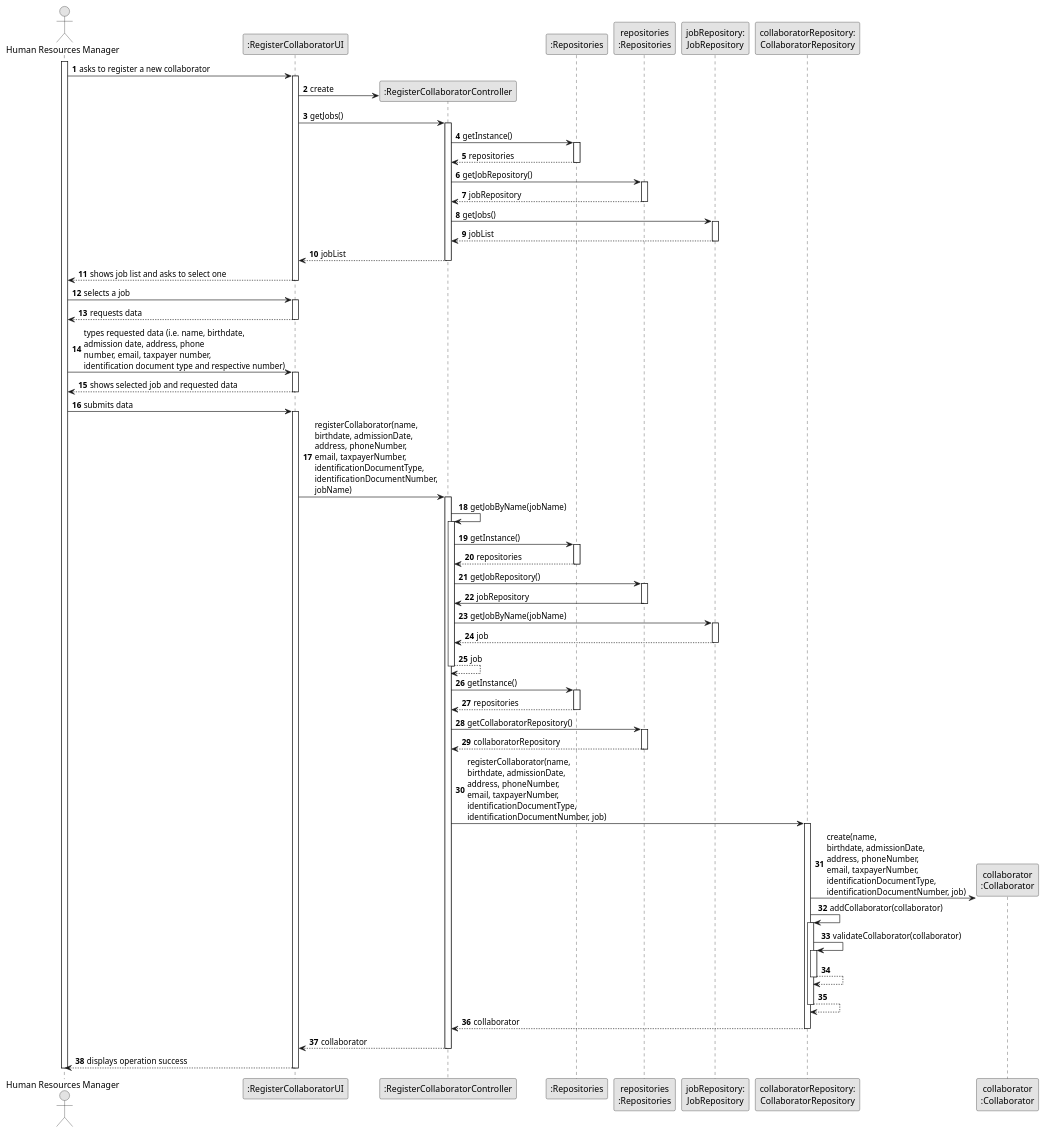
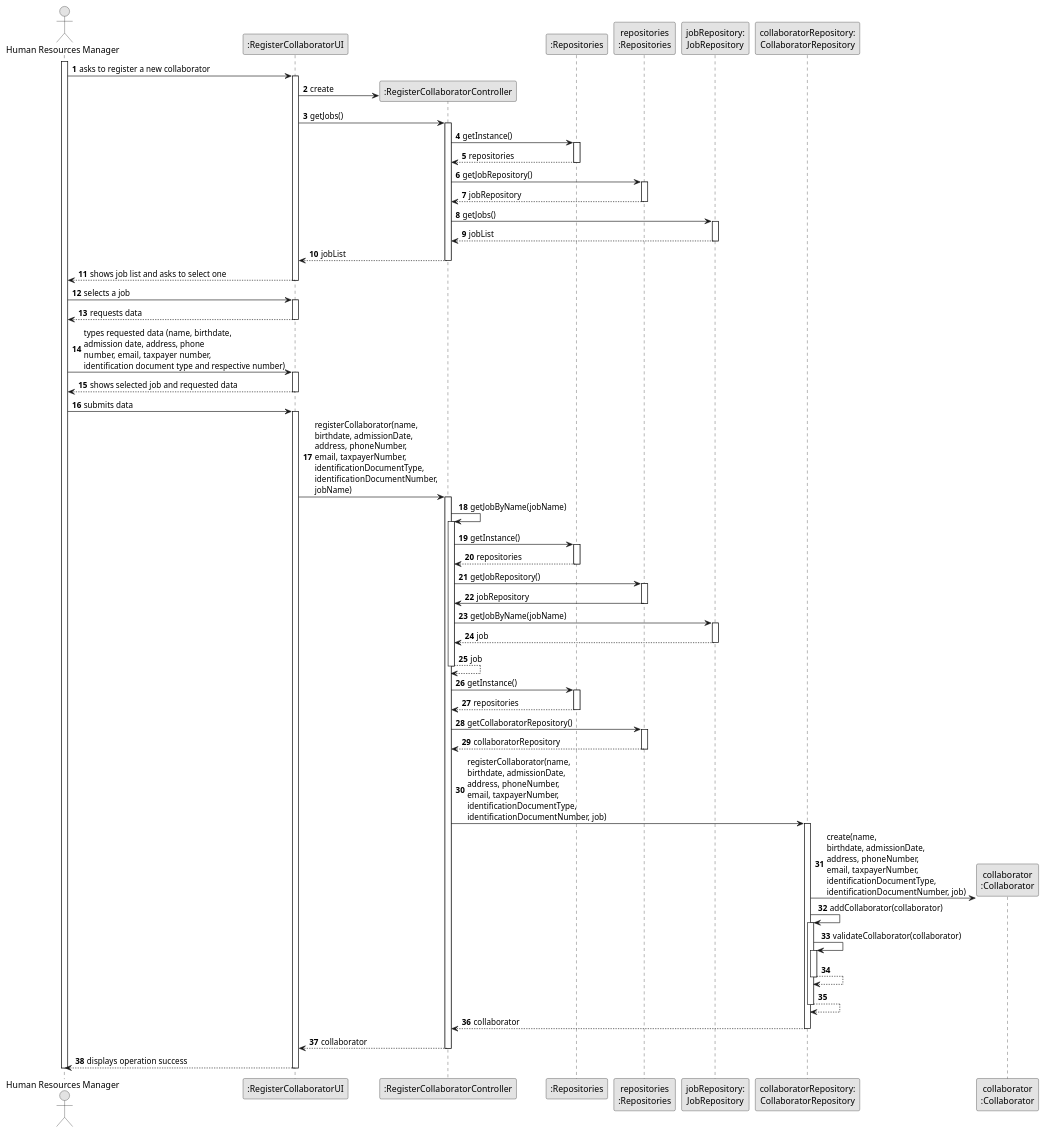
The diagram in docs/sprintB/us003/03.design/puml/us003-sequence-diagram-full.puml (Departamento-de-Engenharia-Informatica/lei-24-s2-1dm-g132), drawn with PlantUML before and after one commit. The commit also changed 3 other files, not shown here.

Commit message:
US003 sequence diagrams minor update

```diff
--- a/docs/sprintB/us003/03.design/puml/us003-sequence-diagram-full.puml
+++ b/docs/sprintB/us003/03.design/puml/us003-sequence-diagram-full.puml
@@ -1,134 +1,134 @@
 @startuml
 skinparam monochrome true
 skinparam packageStyle rectangle
 skinparam shadowing false
 
 autonumber
 
 'hide footbox
 actor "Human Resources Manager" as HRM
 participant ":RegisterCollaboratorUI" as UI
 participant ":RegisterCollaboratorController" as CTRL
 participant ":Repositories" as RepositorySingleton
 participant "repositories\n:Repositories" as PLAT
 participant "jobRepository:\nJobRepository" as JobRepository
 participant "collaboratorRepository:\nCollaboratorRepository" as CollaboratorRepository
 participant "collaborator\n:Collaborator" as COLLAB
 
 activate HRM
 
         HRM -> UI : asks to register a new collaborator
 
         activate UI
 
             UI -> CTRL** : create
 
             UI -> CTRL : getJobs()
             activate CTRL
 
                 CTRL -> RepositorySingleton : getInstance()
                 activate RepositorySingleton
 
                     RepositorySingleton --> CTRL: repositories
                 deactivate RepositorySingleton
 
                 CTRL -> PLAT : getJobRepository()
                 activate PLAT
 
                     PLAT --> CTRL: jobRepository
                 deactivate PLAT
 
                 CTRL -> JobRepository : getJobs()
                 activate JobRepository
 
                     JobRepository --> CTRL : jobList
                 deactivate JobRepository
 
                 CTRL --> UI : jobList
             deactivate CTRL
 
             UI --> HRM : shows job list and asks to select one
         deactivate UI
 
     HRM -> UI : selects a job
     activate UI
 
         UI --> HRM : requests data
     deactivate UI
 
-    HRM -> UI : types requested data (i.e. name, birthdate,\nadmission date, address, phone\nnumber, email, taxpayer number,\nidentification document type and respective number)
+    HRM -> UI : types requested data (name, birthdate,\nadmission date, address, phone\nnumber, email, taxpayer number,\nidentification document type and respective number)
     activate UI
 
         UI --> HRM : shows selected job and requested data
     deactivate UI
 
     HRM -> UI : submits data
     activate UI
 
         UI -> CTRL : registerCollaborator(name,\nbirthdate, admissionDate,\naddress, phoneNumber,\nemail, taxpayerNumber,\nidentificationDocumentType,\nidentificationDocumentNumber,\njobName)
         activate CTRL
 
             CTRL -> CTRL : getJobByName(jobName)
             activate CTRL
 
                 CTRL -> RepositorySingleton : getInstance()
                 activate RepositorySingleton
 
                     RepositorySingleton --> CTRL: repositories
                 deactivate RepositorySingleton
 
                 CTRL -> PLAT : getJobRepository()
                 activate PLAT
 
                     PLAT -> CTRL : jobRepository
                 deactivate PLAT
 
                 CTRL -> JobRepository : getJobByName(jobName)
                 activate JobRepository
 
                     JobRepository --> CTRL : job
                 deactivate JobRepository
                     CTRL --> CTRL : job
             deactivate CTRL
 
             CTRL -> RepositorySingleton : getInstance()
                 activate RepositorySingleton
 
                     RepositorySingleton --> CTRL: repositories
                 deactivate RepositorySingleton
 
                 CTRL -> PLAT : getCollaboratorRepository()
                 activate PLAT
 
                      PLAT --> CTRL: collaboratorRepository
             deactivate PLAT
 
             CTRL -> CollaboratorRepository: registerCollaborator(name,\nbirthdate, admissionDate,\naddress, phoneNumber,\nemail, taxpayerNumber,\nidentificationDocumentType,\nidentificationDocumentNumber, job)
             activate CollaboratorRepository
 
                 CollaboratorRepository -> COLLAB**: create(name,\nbirthdate, admissionDate,\naddress, phoneNumber,\nemail, taxpayerNumber,\nidentificationDocumentType,\nidentificationDocumentNumber, job)
                 CollaboratorRepository -> CollaboratorRepository: addCollaborator(collaborator)
 
 
                 activate CollaboratorRepository
                     CollaboratorRepository -> CollaboratorRepository: validateCollaborator(collaborator)
                     activate CollaboratorRepository
                         CollaboratorRepository --> CollaboratorRepository
                     deactivate CollaboratorRepository
 
                     CollaboratorRepository --> CollaboratorRepository
                 deactivate CollaboratorRepository
 
                 CollaboratorRepository --> CTRL : collaborator
 
             deactivate CollaboratorRepository
 
             CTRL --> UI: collaborator
             deactivate CTRL
             UI --> HRM: displays operation success
     deactivate UI
 
 deactivate HRM
 
 
 @enduml
```
